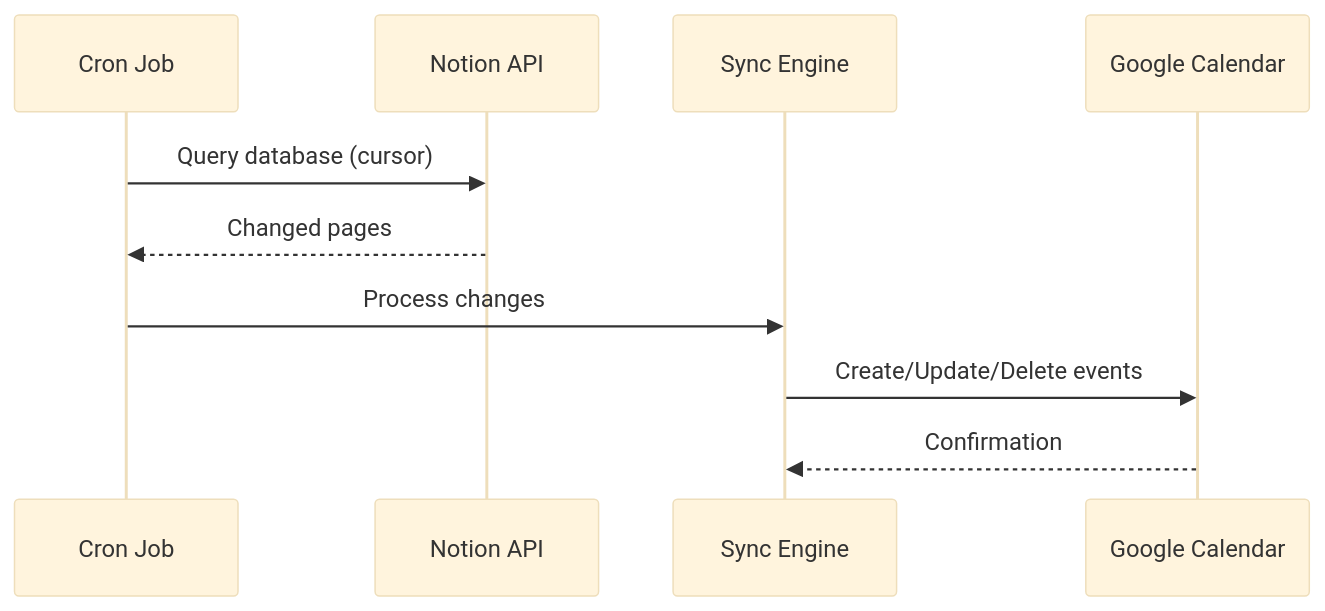
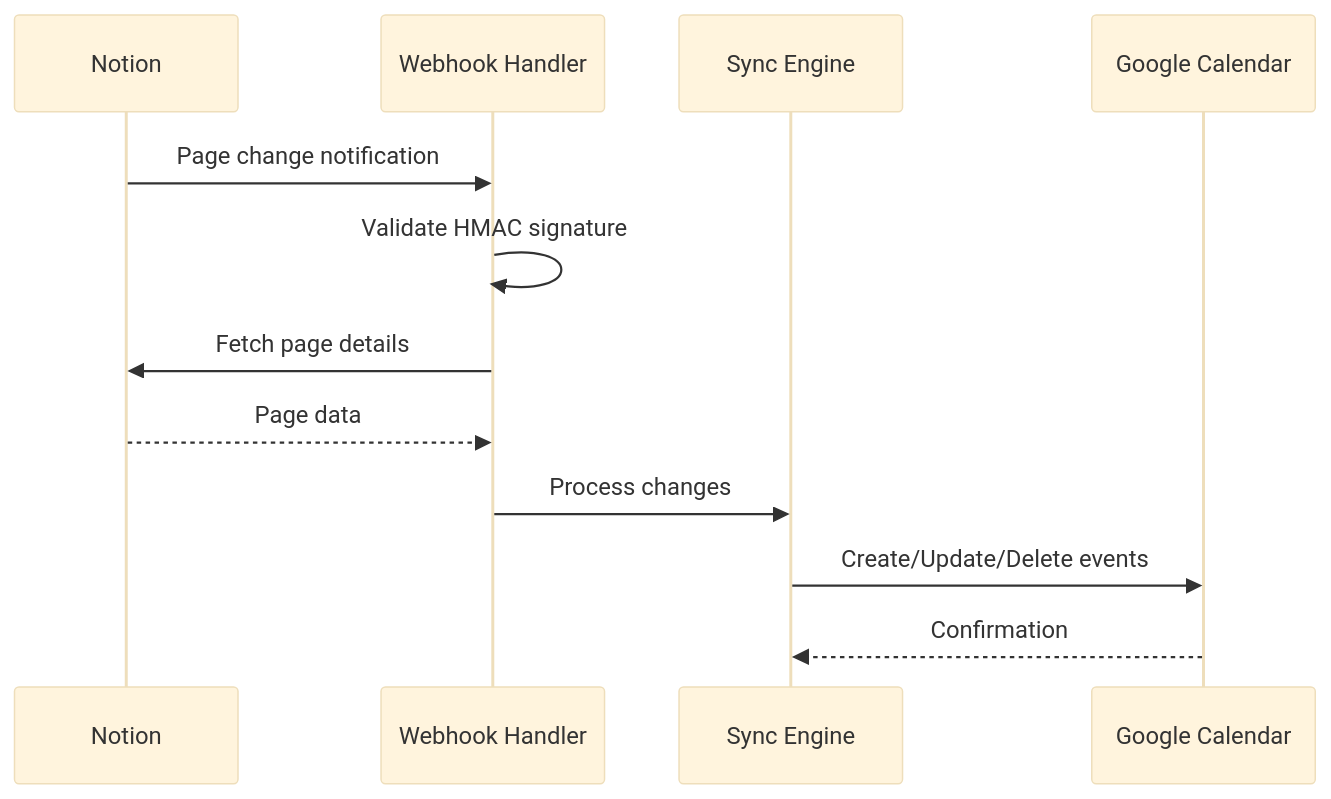
One commit to mcsdevv/while changed the third of 6 diagrams in apps/web/content/docs/architecture.mdx. Above: the diagram before and after it, drawn with Mermaid (base theme). The commit also changed other lines of this file, not shown here.

First line of the commit message:
docs(architecture): update to reflect Notion webhooks

````diff
--- a/apps/web/content/docs/architecture.mdx
+++ b/apps/web/content/docs/architecture.mdx
@@ -96,13 +98,15 @@
 ```mermaid
 sequenceDiagram
-    participant Cron as Cron Job
-    participant Notion as Notion API
+    participant Notion as Notion
+    participant Webhook as Webhook Handler
     participant Sync as Sync Engine
     participant GCal as Google Calendar
 
-    Cron->>Notion: Query database (cursor)
-    Notion-->>Cron: Changed pages
-    Cron->>Sync: Process changes
+    Notion->>Webhook: Page change notification
+    Webhook->>Webhook: Validate HMAC signature
+    Webhook->>Notion: Fetch page details
+    Notion-->>Webhook: Page data
+    Webhook->>Sync: Process changes
     Sync->>GCal: Create/Update/Delete events
     GCal-->>Sync: Confirmation
 ```
````
